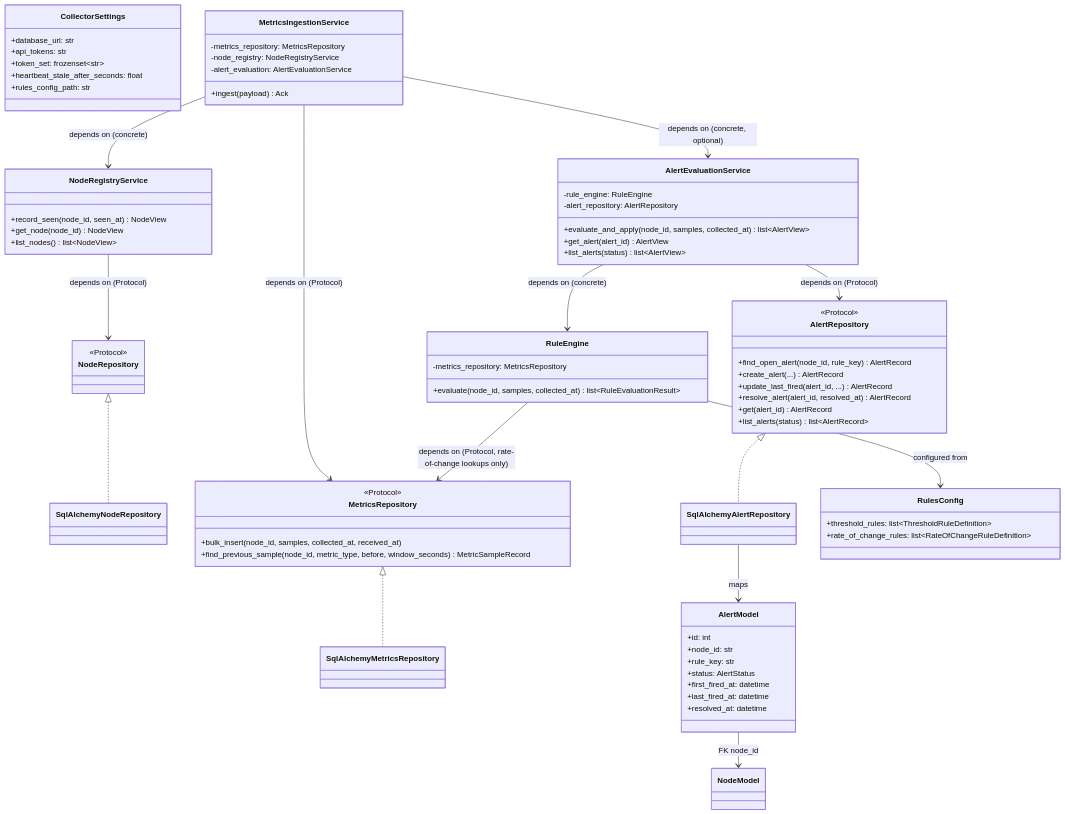
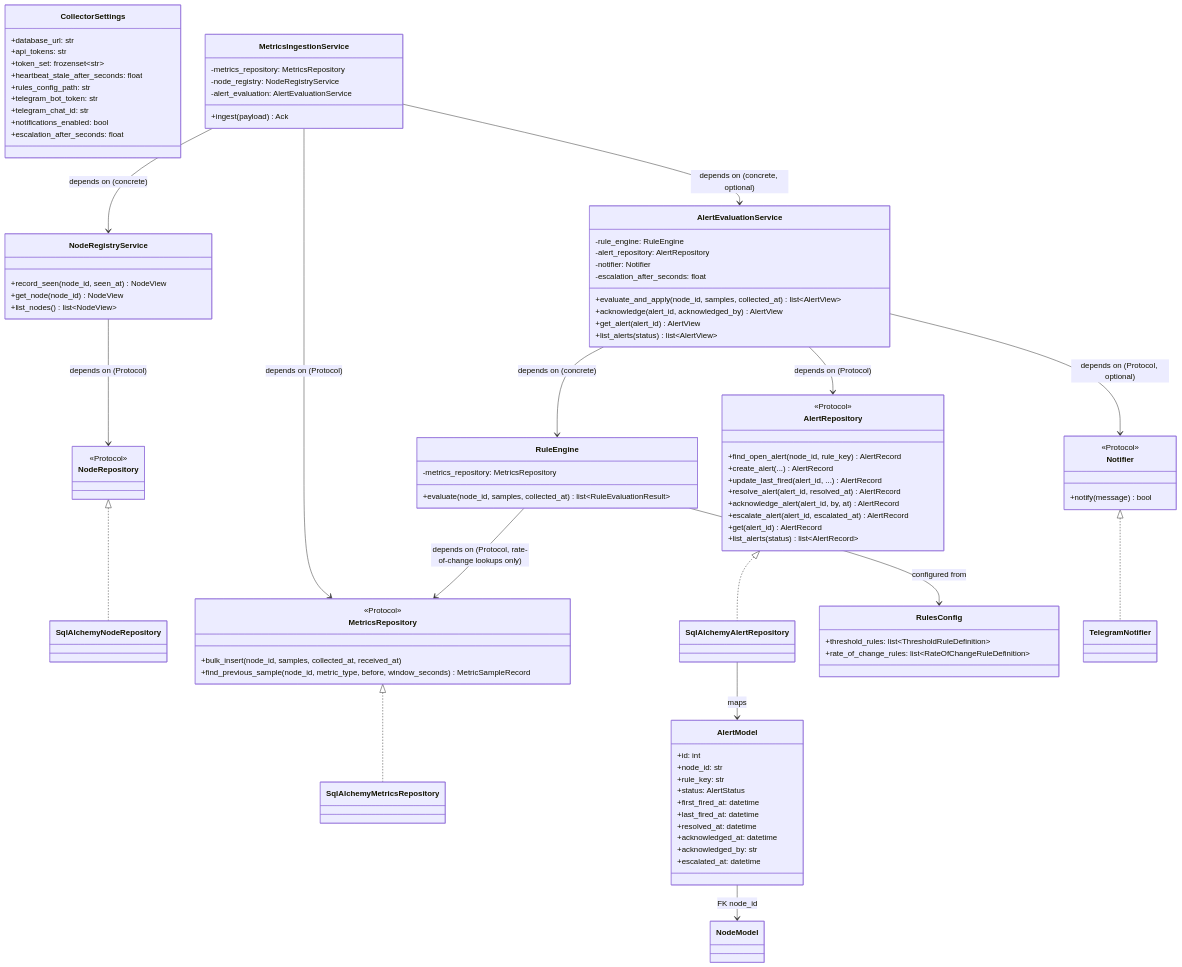
Before and after one commit to jayasati/ClusterPulse: the first of 4 diagrams in collector/architecture.md, drawn with Mermaid. The commit also changed other lines of this file and 33 other files, not shown here.

First line of the commit message:
feat: implement alert acknowledgement and escalation features

```diff
--- a/collector/architecture.md
+++ b/collector/architecture.md
@@ -30,6 +34,10 @@
         +token_set: frozenset~str~
         +heartbeat_stale_after_seconds: float
         +rules_config_path: str
+        +telegram_bot_token: str
+        +telegram_chat_id: str
+        +notifications_enabled: bool
+        +escalation_after_seconds: float
     }
 
     class NodeRepository { <<Protocol>> }
@@ -46,6 +54,8 @@
         +create_alert(...) AlertRecord
         +update_last_fired(alert_id, ...) AlertRecord
         +resolve_alert(alert_id, resolved_at) AlertRecord
+        +acknowledge_alert(alert_id, by, at) AlertRecord
+        +escalate_alert(alert_id, escalated_at) AlertRecord
         +get(alert_id) AlertRecord
         +list_alerts(status) list~AlertRecord~
     }
@@ -66,6 +76,14 @@
     RuleEngine --> RulesConfig : configured from
     RuleEngine --> MetricsRepository : depends on (Protocol, rate-of-change lookups only)
 
+    class Notifier {
+        <<Protocol>>
+        +notify(message) bool
+    }
+    class TelegramNotifier
+
+    Notifier <|.. TelegramNotifier
+
     class NodeRegistryService {
         +record_seen(node_id, seen_at) NodeView
         +get_node(node_id) NodeView
@@ -74,7 +92,10 @@
     class AlertEvaluationService {
         -rule_engine: RuleEngine
         -alert_repository: AlertRepository
+        -notifier: Notifier
+        -escalation_after_seconds: float
         +evaluate_and_apply(node_id, samples, collected_at) list~AlertView~
+        +acknowledge(alert_id, acknowledged_by) AlertView
         +get_alert(alert_id) AlertView
         +list_alerts(status) list~AlertView~
     }
@@ -88,6 +109,7 @@
     NodeRegistryService --> NodeRepository : depends on (Protocol)
     AlertEvaluationService --> RuleEngine : depends on (concrete)
     AlertEvaluationService --> AlertRepository : depends on (Protocol)
+    AlertEvaluationService --> Notifier : depends on (Protocol, optional)
     MetricsIngestionService --> MetricsRepository : depends on (Protocol)
     MetricsIngestionService --> NodeRegistryService : depends on (concrete)
     MetricsIngestionService --> AlertEvaluationService : depends on (concrete, optional)
@@ -100,6 +122,9 @@
         +first_fired_at: datetime
         +last_fired_at: datetime
         +resolved_at: datetime
+        +acknowledged_at: datetime
+        +acknowledged_by: str
+        +escalated_at: datetime
     }
     SqlAlchemyAlertRepository --> AlertModel : maps
     AlertModel --> NodeModel : FK node_id
```
